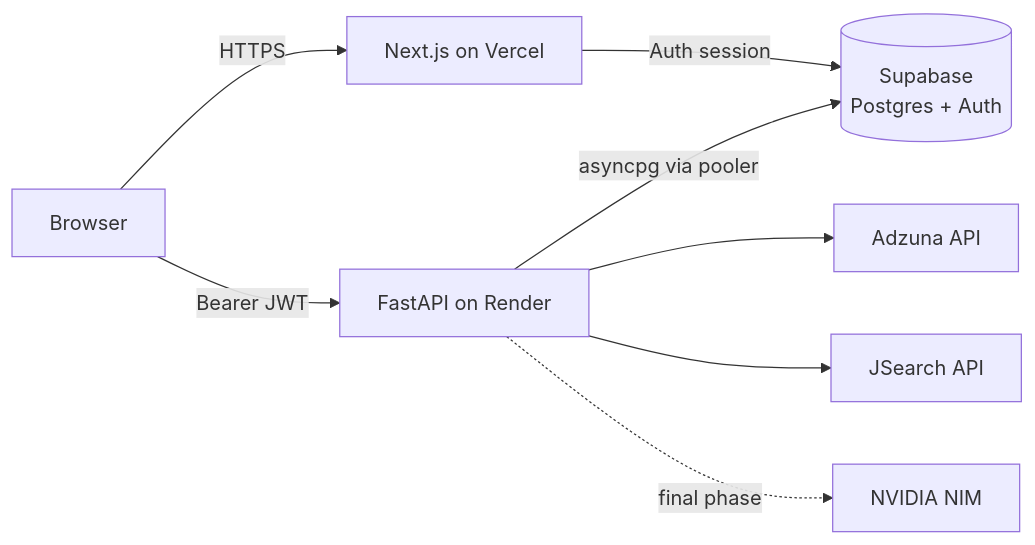
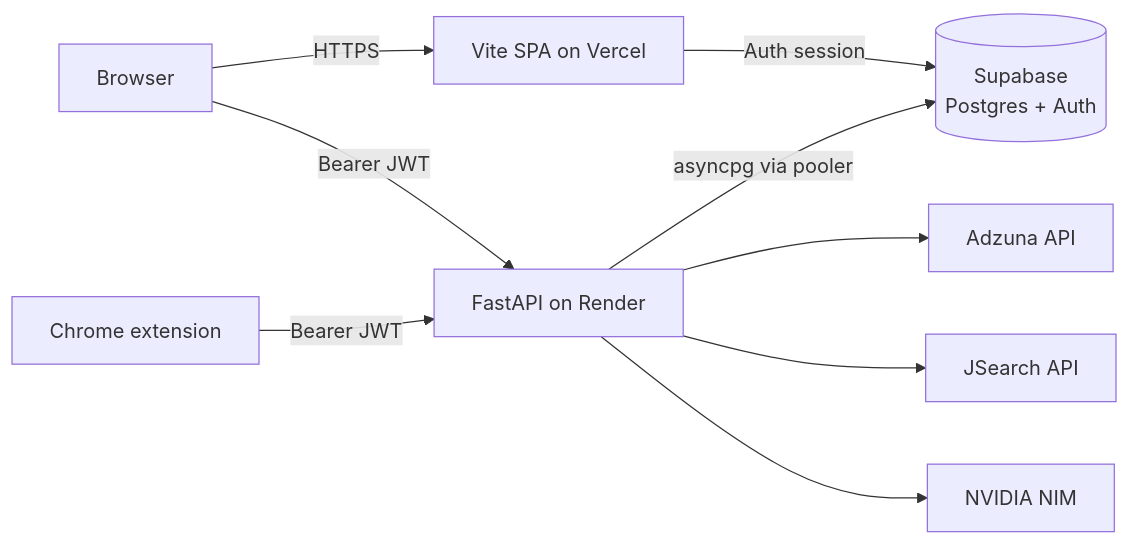
One commit to 5Cl0ver/job_enhancer changed the diagram in README.md. Above: the diagram before and after it, drawn with Mermaid. The commit also changed other lines of this file, not shown here.

First line of the commit message:
docs: refresh README for Vite migration + shipped AI/extension features

````diff
--- a/README.md
+++ b/README.md
@@ -62,10 +68,11 @@
 ```mermaid
 flowchart LR
-    B[Browser] -->|HTTPS| V[Next.js on Vercel]
+    B[Browser] -->|HTTPS| V[Vite SPA on Vercel]
     B -->|Bearer JWT| R[FastAPI on Render]
+    E[Chrome extension] -->|Bearer JWT| R
     V -->|Auth session| S[(Supabase\nPostgres + Auth)]
     R -->|asyncpg via pooler| S
     R --> A[Adzuna API]
     R --> J[JSearch API]
-    R -.->|final phase| N[NVIDIA NIM]
+    R --> N[NVIDIA NIM]
 ```
````
